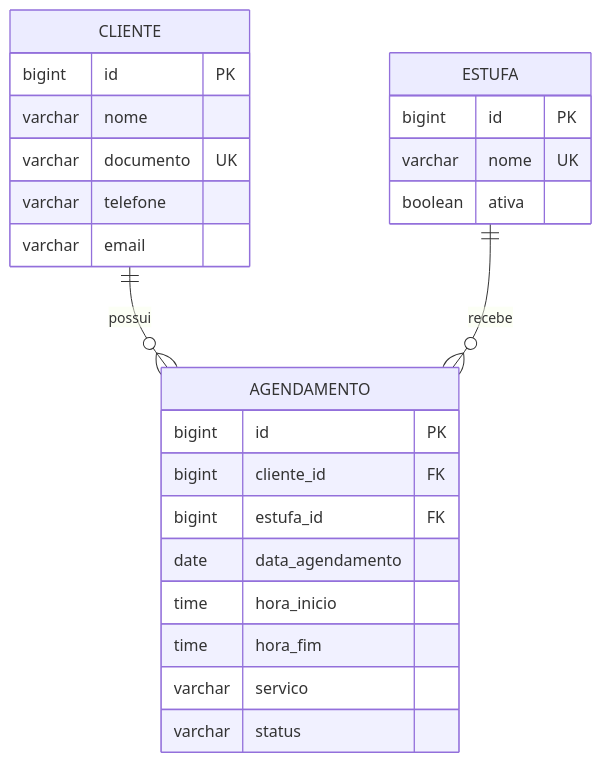
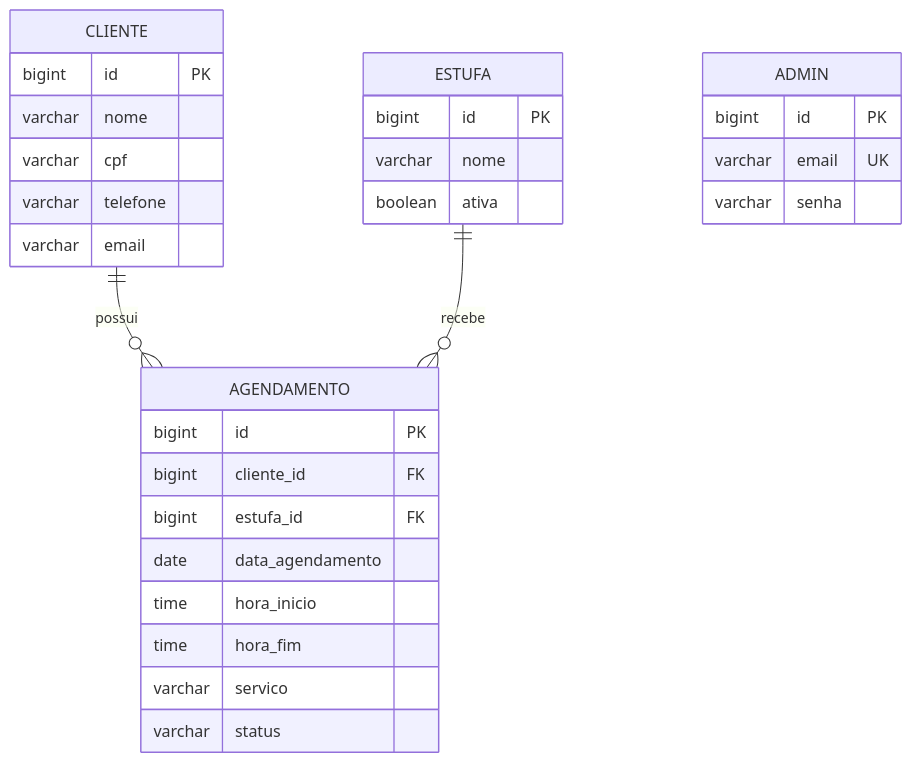
Before and after one commit to Muski360/SimuladoSAEP-Angular: the diagram in README.md, drawn with Mermaid. The commit also changed other lines of this file, not shown here.

````diff
--- a/README.md
+++ b/README.md
@@ -64,30 +64,36 @@
 ```mermaid
 erDiagram
 	CLIENTE ||--o{ AGENDAMENTO : possui
 	ESTUFA ||--o{ AGENDAMENTO : recebe
 
 	CLIENTE {
 		bigint id PK
 		varchar nome
-		varchar documento UK
+		varchar cpf
 		varchar telefone
 		varchar email
 	}
 
 	ESTUFA {
 		bigint id PK
-		varchar nome UK
+		varchar nome
 		boolean ativa
 	}
 
 	AGENDAMENTO {
 		bigint id PK
 		bigint cliente_id FK
 		bigint estufa_id FK
 		date data_agendamento
 		time hora_inicio
 		time hora_fim
 		varchar servico
 		varchar status
 	}
+
+	ADMIN {
+		bigint id PK
+		varchar email UK
+		varchar senha
+	}
 ```
````
